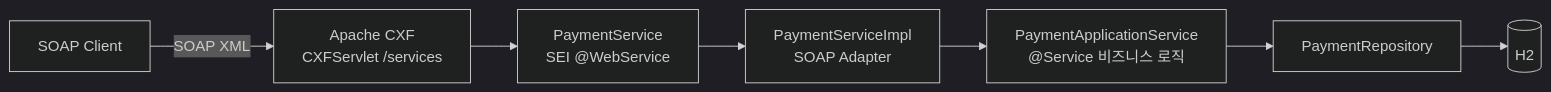
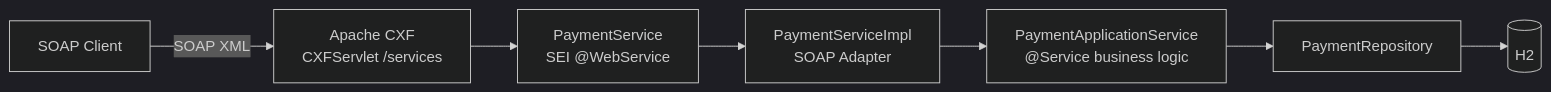
One commit to hyunolike/spring-boot-cxf-soap-poc changed the diagram in README.md. Above: the diagram before and after it, drawn with Mermaid (dark theme). The commit also changed other lines of this file and 3 other files, not shown here.

````diff
--- a/README.md
+++ b/README.md
@@ -213,8 +221,8 @@
 ```mermaid
 flowchart LR
     Client["SOAP Client"] -->|"SOAP XML"| CXF["Apache CXF<br/>CXFServlet /services"]
     CXF --> SEI["PaymentService<br/>SEI @WebService"]
     SEI --> IMPL["PaymentServiceImpl<br/>SOAP Adapter"]
-    IMPL --> APP["PaymentApplicationService<br/>@Service 비즈니스 로직"]
+    IMPL --> APP["PaymentApplicationService<br/>@Service business logic"]
     APP --> REPO["PaymentRepository"] --> DB[(H2)]
 ```
````
